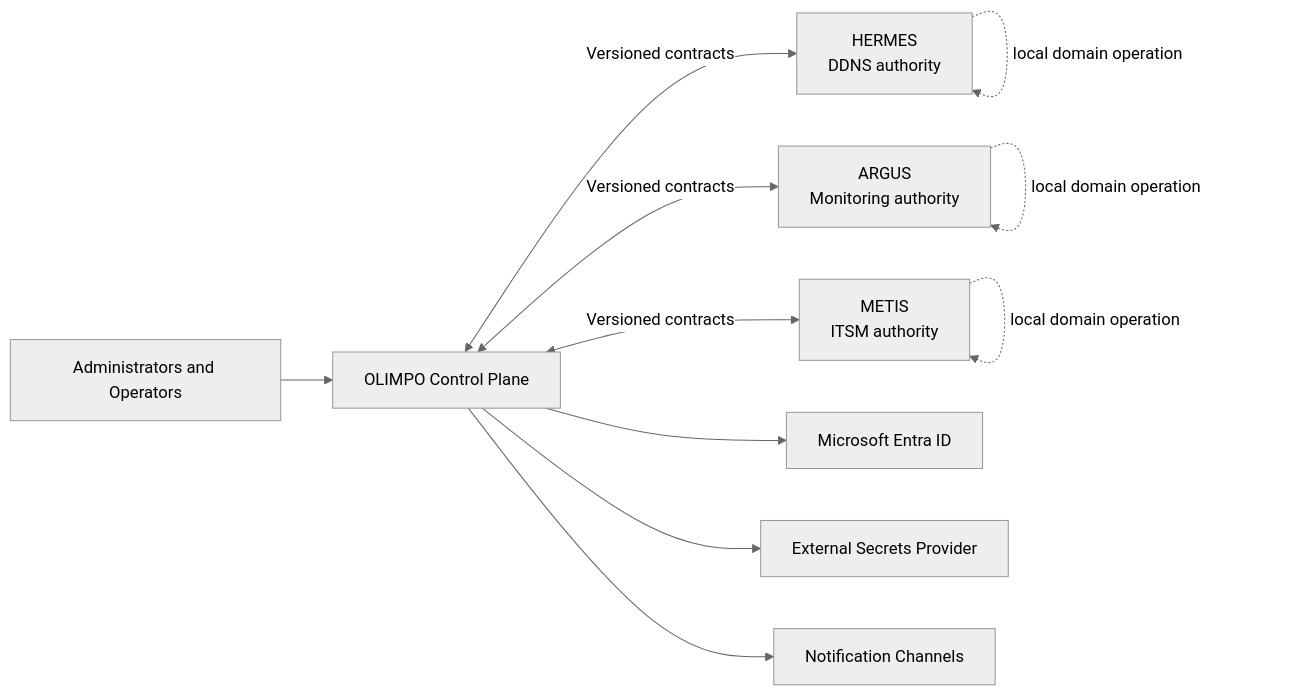
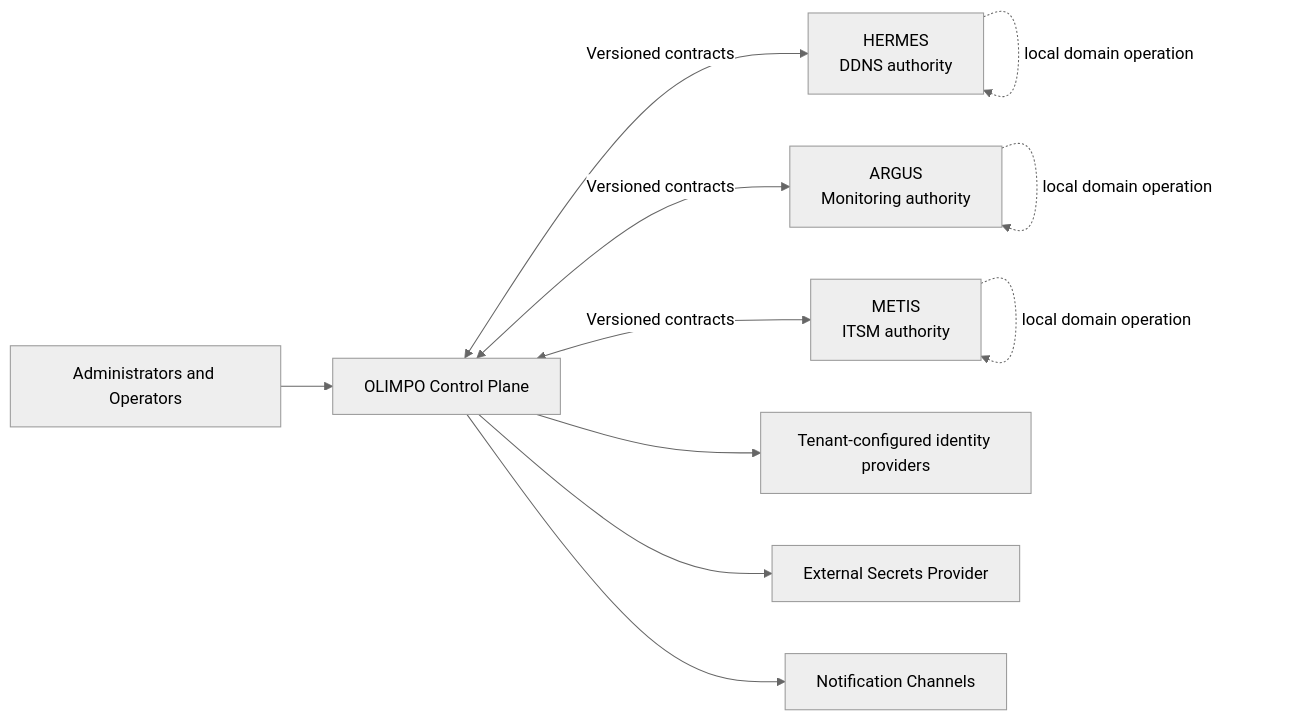
Before and after one commit to mca-rolando/OLIMPO: the second of 4 diagrams in docs/architecture/architecture-functional-spec-v1.0.md, drawn with Mermaid (neutral theme). The commit also changed other lines of this file and 17 other files, not shown here.

Commit message:
docs: adopt MSP-first multi-tenant architecture

````diff
--- a/docs/architecture/architecture-functional-spec-v1.0.md
+++ b/docs/architecture/architecture-functional-spec-v1.0.md
@@ -34,13 +62,13 @@
 ```mermaid
 flowchart LR
   U[Administrators and Operators] --> O[OLIMPO Control Plane]
   O <-->|Versioned contracts| H[HERMES<br/>DDNS authority]
   O <-->|Versioned contracts| A[ARGUS<br/>Monitoring authority]
   O <-->|Versioned contracts| M[METIS<br/>ITSM authority]
-  O --> I[Microsoft Entra ID]
+  O --> I[Tenant-configured identity providers]
   O --> S[External Secrets Provider]
   O --> N[Notification Channels]
   H -. local domain operation .-> H
   A -. local domain operation .-> A
   M -. local domain operation .-> M
 ```
````
